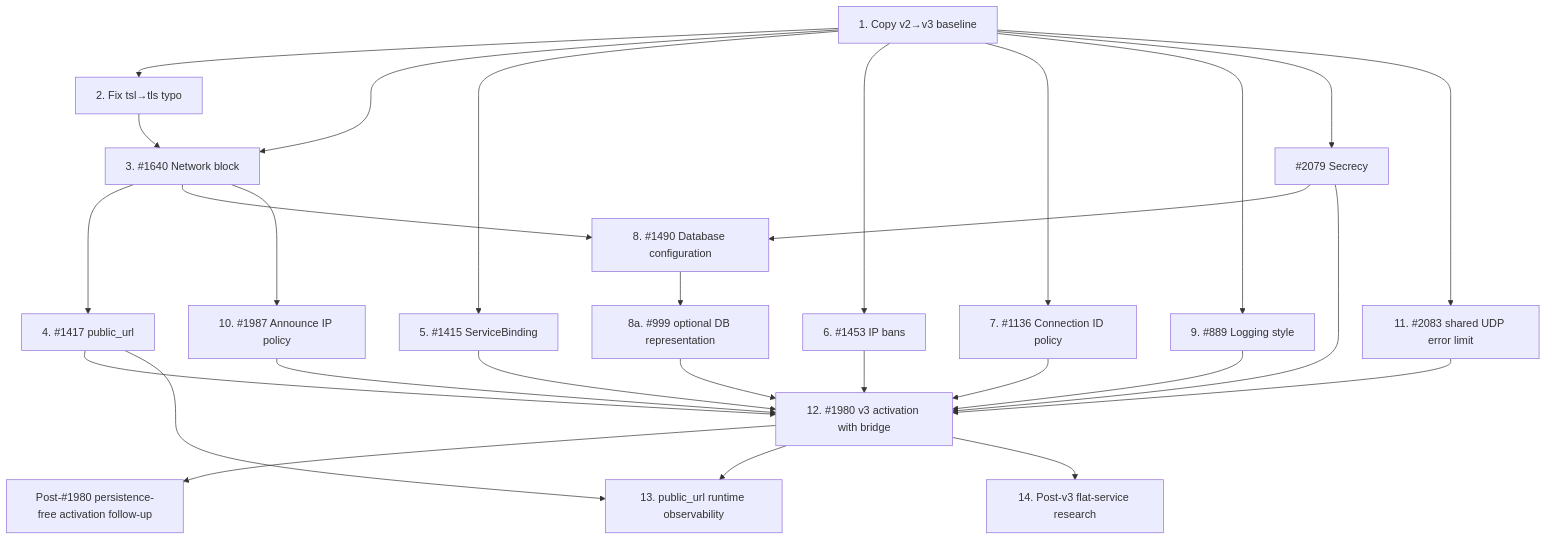
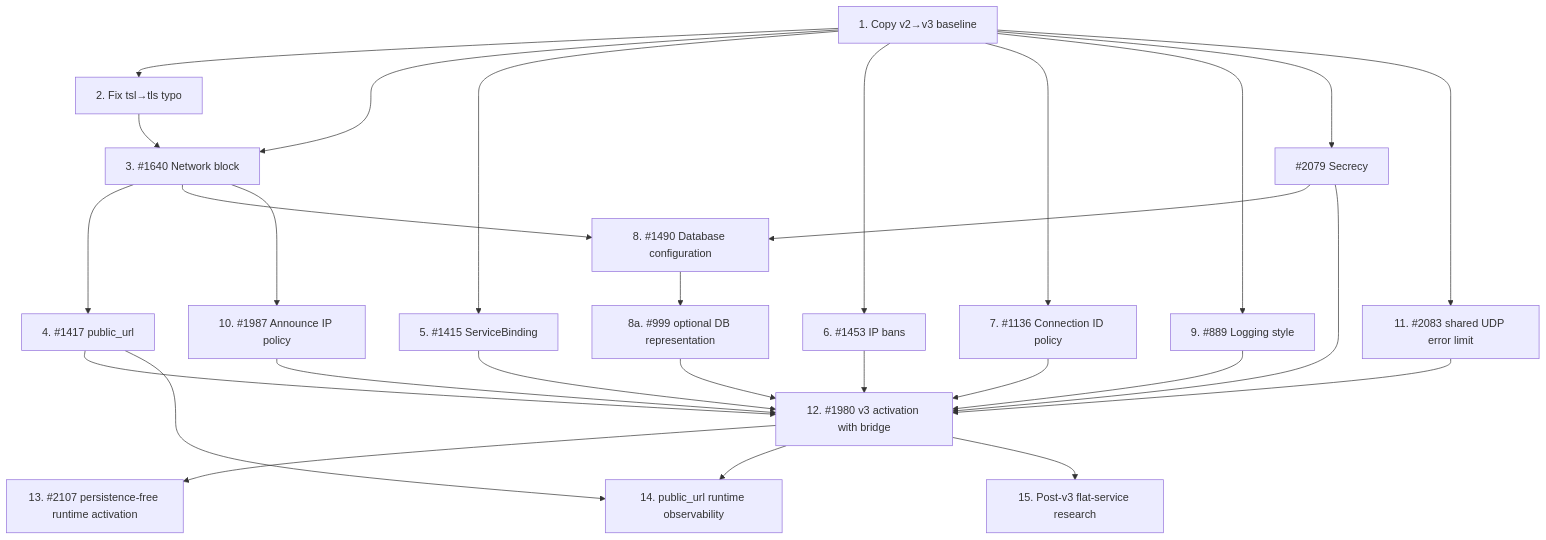
One commit to torrust/torrust-tracker changed the diagram in docs/issues/open/1978-configuration-overhaul-epic/EPIC.md. Above: the diagram before and after it, drawn with Mermaid. The commit also changed other lines of this file and 1 other file, not shown here.

````diff
--- a/docs/issues/open/1978-configuration-overhaul-epic/EPIC.md
+++ b/docs/issues/open/1978-configuration-overhaul-epic/EPIC.md
@@ -122,30 +124,30 @@
 ```mermaid
 graph TD
     sub1["1. Copy v2→v3 baseline"] --> sub2["2. Fix tsl→tls typo"]
     sub1 --> sub3["3. #1640 Network block"]
     sub1 --> sub5["5. #1415 ServiceBinding"]
     sub1 --> sub6["6. #1453 IP bans"]
       sub1 --> sub7["7. #1136 Connection ID policy"]
       sub1 --> sub9["9. #889 Logging style"]
     sub2 --> sub3
     sub3 --> sub4["4. #1417 public_url"]
       sub1 --> secrecy["#2079 Secrecy"]
       sub3 --> sub8["8. #1490 Database configuration"]
       secrecy --> sub8
       sub8 --> sub8a["8a. #999 optional DB representation"]
       sub3 --> sub10["10. #1987 Announce IP policy"]
       sub1 --> sub11["11. #2083 shared UDP error limit"]
       sub4 --> sub12["12. Final cleanup"]
       sub5 --> sub12
       sub6 --> sub12
       sub7 --> sub12
       secrecy --> sub12
       sub9 --> sub12
       sub10 --> sub12
       sub11 --> sub12
       sub8a --> sub12["12. #1980 v3 activation with bridge"]
-      sub12 --> optionalRuntime["Post-#1980 persistence-free activation follow-up"]
-      sub4 --> sub13["13. public_url runtime observability"]
-      sub12 --> sub13
-      sub12 --> sub14["14. Post-v3 flat-service research"]
+      sub12 --> sub13["13. #2107 persistence-free runtime activation"]
+      sub4 --> sub14["14. public_url runtime observability"]
+      sub12 --> sub14
+      sub12 --> sub15["15. Post-v3 flat-service research"]
 ```
````
